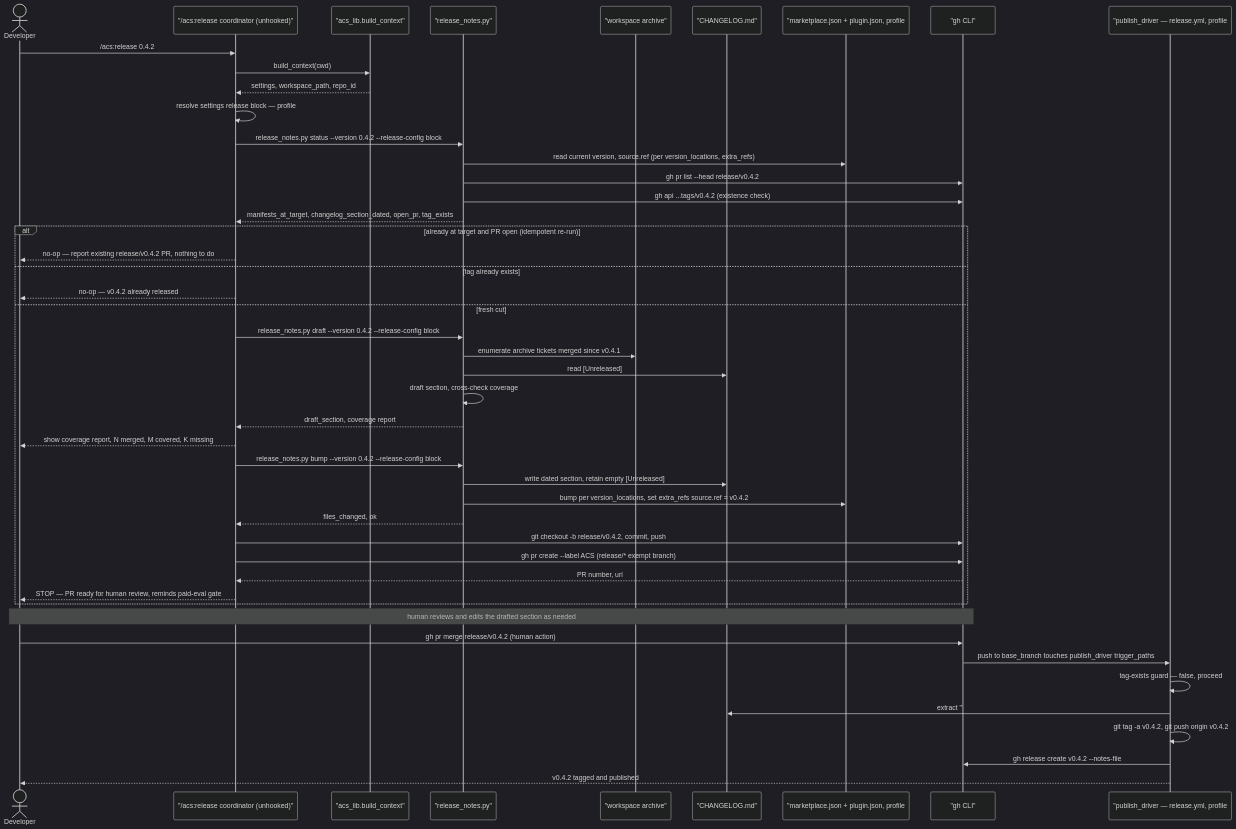
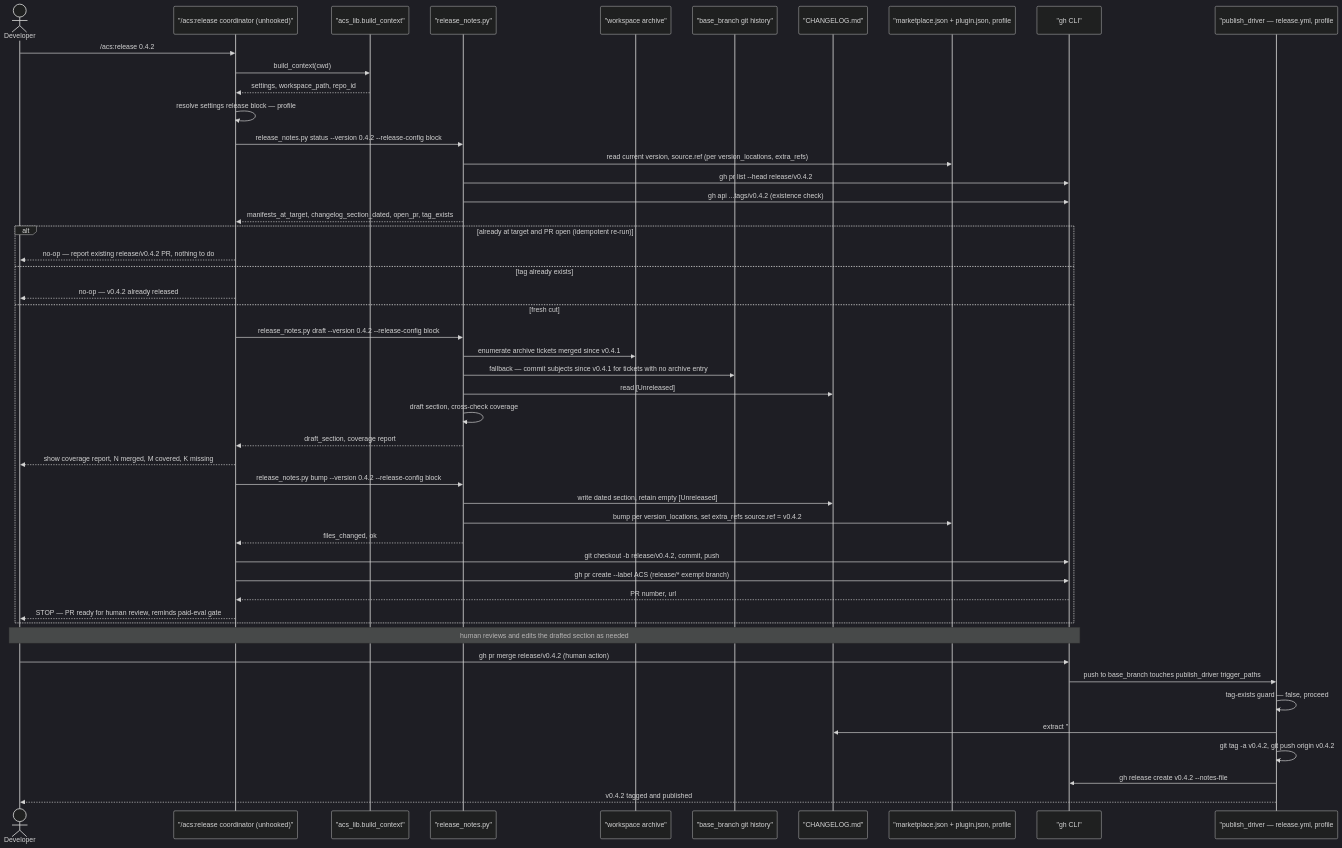
The diagram in docs/architecture/lld/flows/release-cut.md (globalmindsolution/gms-marketplace), drawn with Mermaid (dark theme) before and after one commit. The commit also changed other lines of this file and 11 other files, not shown here.

````diff
--- a/docs/architecture/lld/flows/release-cut.md
+++ b/docs/architecture/lld/flows/release-cut.md
@@ -10,52 +13,54 @@
 ```mermaid
 sequenceDiagram
     actor Dev as Developer
     participant Rel as "/acs:release coordinator (unhooked)"
     participant Lib as "acs_lib.build_context"
     participant RN as "release_notes.py"
     participant Arc as "workspace archive"
+    participant Git as "base_branch git history"
     participant Chg as "CHANGELOG.md"
     participant Man as "marketplace.json + plugin.json, profile #1 version_locations + extra_refs"
     participant Gh as "gh CLI"
     participant Wf as "publish_driver — release.yml, profile #1, CI"
 
     Dev->>Rel: /acs:release 0.4.2
     Rel->>Lib: build_context(cwd)
     Lib-->>Rel: settings, workspace_path, repo_id
     Rel->>Rel: resolve settings release block — profile #1 (version_locations, extra_refs, changelog_path, tag_format, base_branch, release_branch_format, publish_driver)
     Rel->>RN: release_notes.py status --version 0.4.2 --release-config block
     RN->>Man: read current version, source.ref (per version_locations, extra_refs)
     RN->>Gh: gh pr list --head release/v0.4.2
     RN->>Gh: gh api ...tags/v0.4.2 (existence check)
     RN-->>Rel: manifests_at_target, changelog_section_dated, open_pr, tag_exists
 
     alt already at target and PR open (idempotent re-run)
         Rel-->>Dev: no-op — report existing release/v0.4.2 PR, nothing to do
     else tag already exists
         Rel-->>Dev: no-op — v0.4.2 already released
     else fresh cut
         Rel->>RN: release_notes.py draft --version 0.4.2 --release-config block
         RN->>Arc: enumerate archive tickets merged since v0.4.1
+        RN->>Git: fallback — commit subjects since v0.4.1 for tickets with no archive entry
         RN->>Chg: read [Unreleased]
         RN->>RN: draft section, cross-check coverage
         RN-->>Rel: draft_section, coverage report
         Rel-->>Dev: show coverage report, N merged, M covered, K missing
         Rel->>RN: release_notes.py bump --version 0.4.2 --release-config block
         RN->>Chg: write dated section, retain empty [Unreleased]
         RN->>Man: bump per version_locations, set extra_refs source.ref = v0.4.2
         RN-->>Rel: files_changed, ok
         Rel->>Gh: git checkout -b release/v0.4.2, commit, push
         Rel->>Gh: gh pr create --label ACS (release/* exempt branch)
         Gh-->>Rel: PR number, url
         Rel-->>Dev: STOP — PR ready for human review, reminds paid-eval gate
     end
 
     Note over Dev,Gh: human reviews and edits the drafted section as needed
     Dev->>Gh: gh pr merge release/v0.4.2 (human action)
     Gh->>Wf: push to base_branch touches publish_driver trigger_paths
     Wf->>Wf: tag-exists guard — false, proceed
     Wf->>Chg: extract "## [0.4.2]" section verbatim
     Wf->>Wf: git tag -a v0.4.2, git push origin v0.4.2
     Wf->>Gh: gh release create v0.4.2 --notes-file
     Wf-->>Dev: v0.4.2 tagged and published
 ```
````
